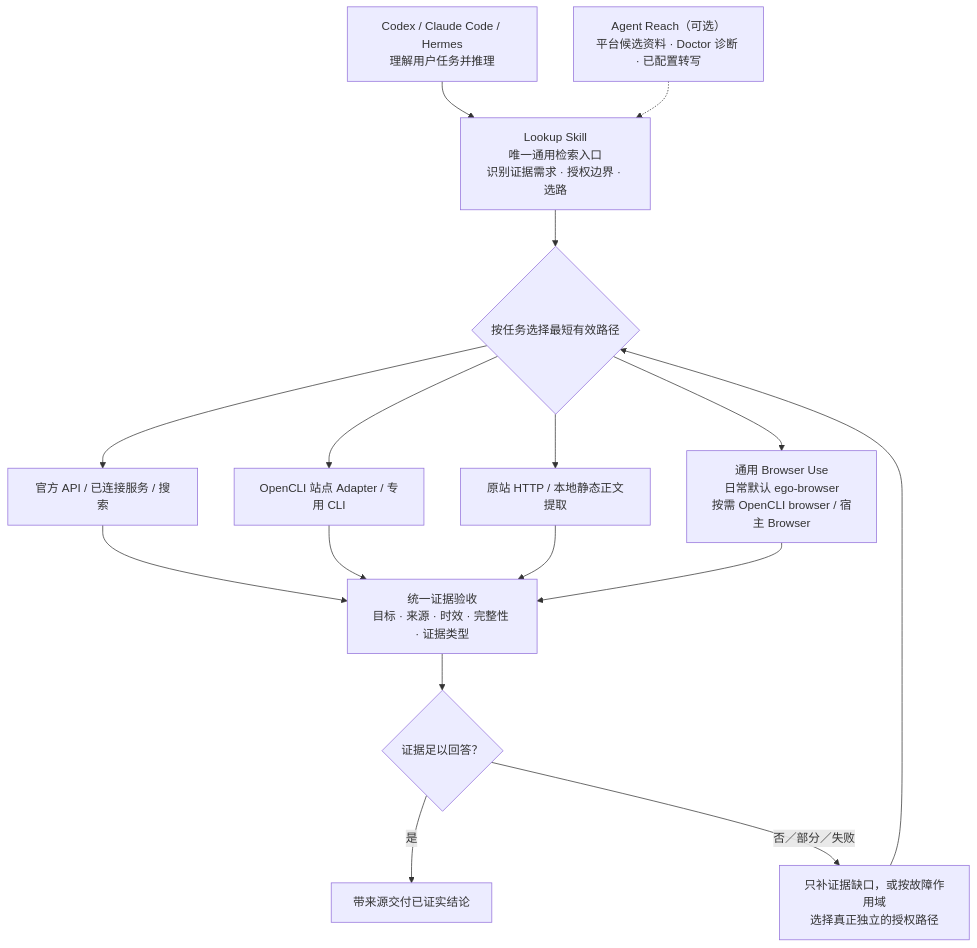
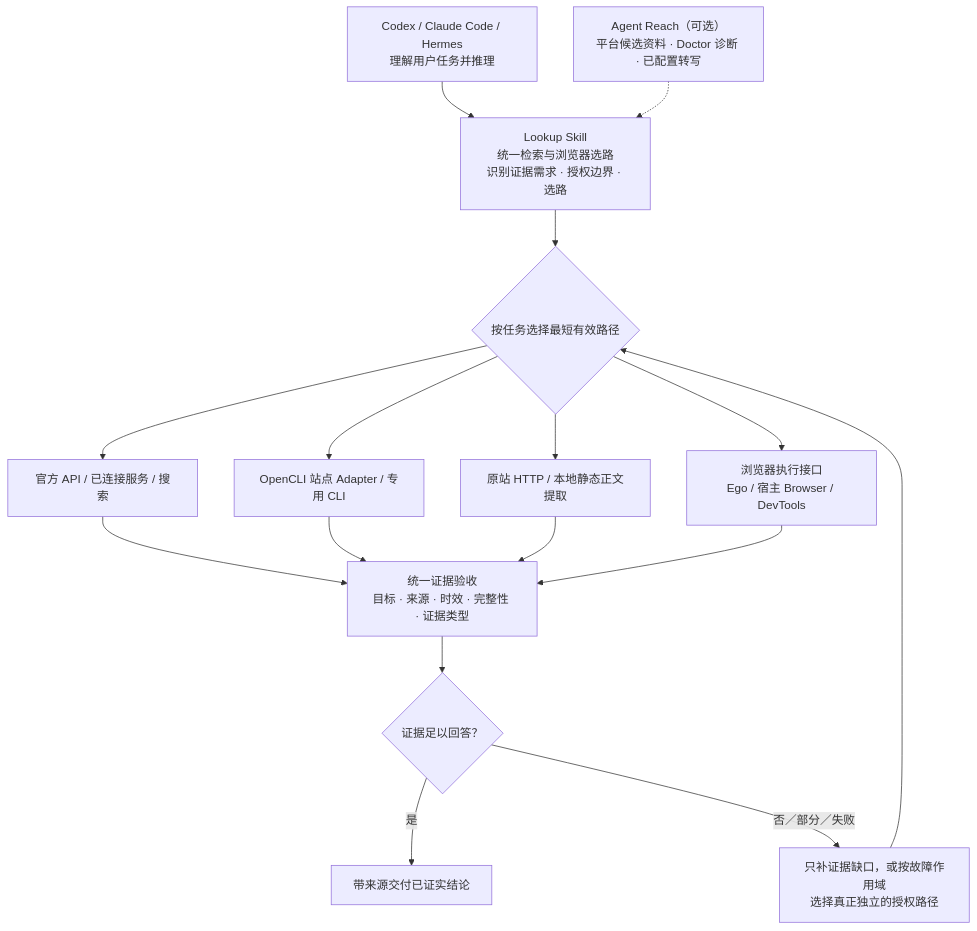
One commit to ldl8818/skills changed the diagram in lookup/README.md. Above: the diagram before and after it, drawn with Mermaid. The commit also changed other lines of this file and 7 other files, not shown here.

````diff
--- a/lookup/README.md
+++ b/lookup/README.md
@@ -11,31 +11,31 @@
 ```mermaid
 flowchart TB
     agent["Codex / Claude Code / Hermes<br/>理解用户任务并推理"]
-    lookup["Lookup Skill<br/>唯一通用检索入口<br/>识别证据需求 · 授权边界 · 选路"]
+    lookup["Lookup Skill<br/>统一检索与浏览器选路<br/>识别证据需求 · 授权边界 · 选路"]
     reach["Agent Reach（可选）<br/>平台候选资料 · Doctor 诊断 · 已配置转写"]
     choose{"按任务选择最短有效路径"}
     official["官方 API / 已连接服务 / 搜索"]
     adapters["OpenCLI 站点 Adapter / 专用 CLI"]
     static["原站 HTTP / 本地静态正文提取"]
-    browser["通用 Browser Use<br/>日常默认 ego-browser<br/>按需 OpenCLI browser / 宿主 Browser"]
+    browser["浏览器执行接口<br/>Ego / 宿主 Browser / DevTools"]
     evidence["统一证据验收<br/>目标 · 来源 · 时效 · 完整性 · 证据类型"]
     enough{"证据足以回答？"}
     done["带来源交付已证实结论"]
     recover["只补证据缺口，或按故障作用域<br/>选择真正独立的授权路径"]
 
     agent --> lookup
     reach -.-> lookup
     lookup --> choose
     choose --> official
     choose --> adapters
     choose --> static
     choose --> browser
     official --> evidence
     adapters --> evidence
     static --> evidence
     browser --> evidence
     evidence --> enough
     enough -->|是| done
     enough -->|否／部分／失败| recover
     recover --> choose
 ```
````
